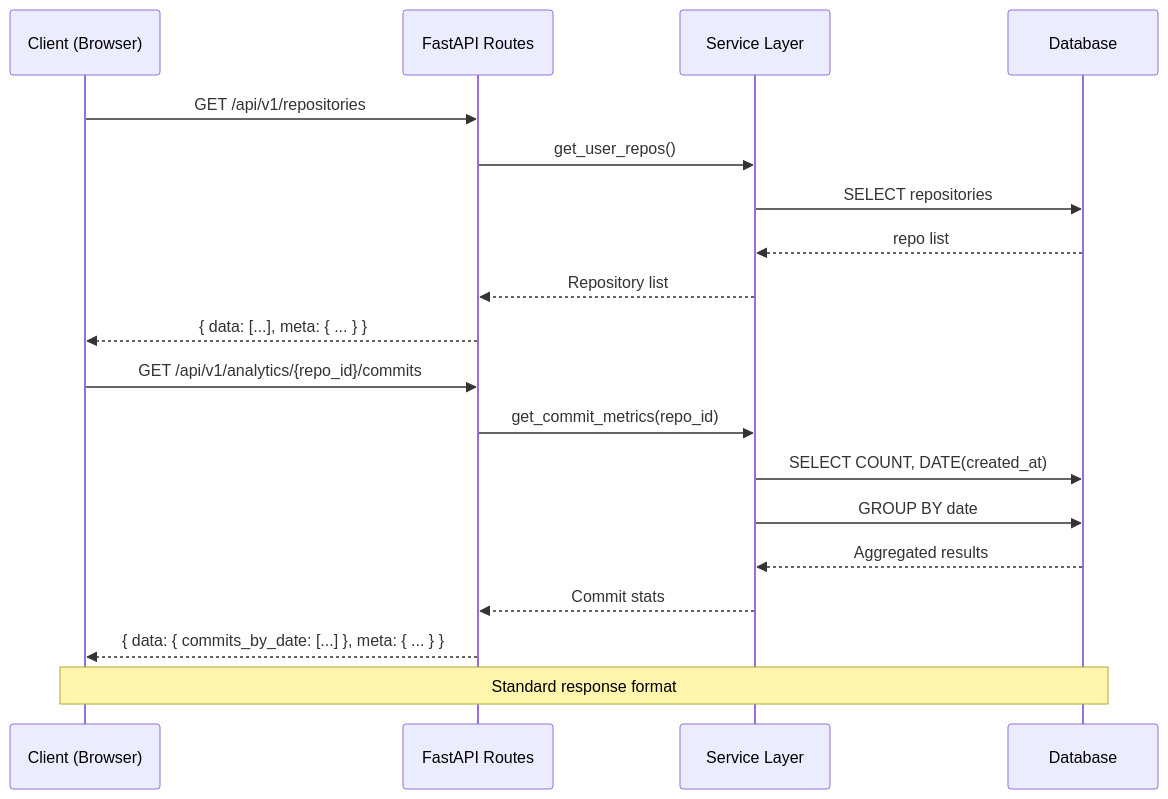
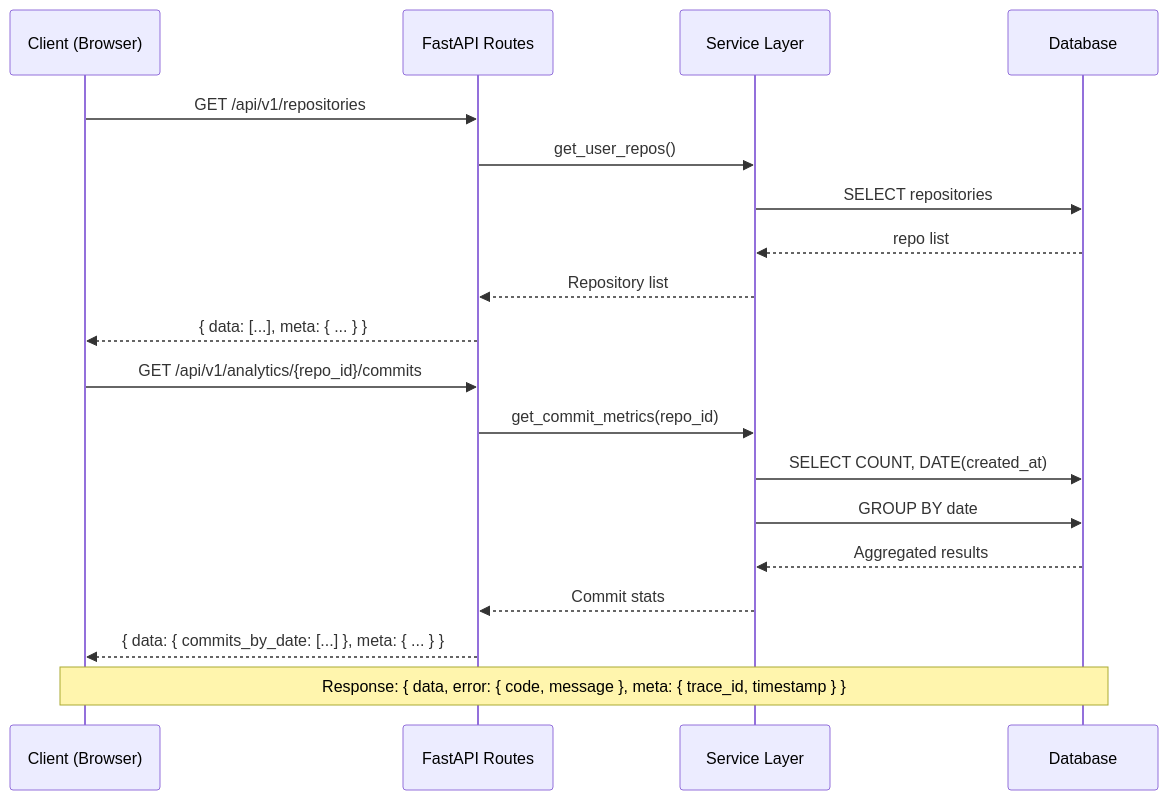
Before and after one commit to kh4i-dev/git-analytics: the eighth of 9 diagrams in docs/cong-nghe-va-kien-truc.md, drawn with Mermaid. The commit also changed other lines of this file, not shown here.

Commit message:
docs: restore full API response format in Mermaid Note

````diff
--- a/docs/cong-nghe-va-kien-truc.md
+++ b/docs/cong-nghe-va-kien-truc.md
@@ -259,24 +259,24 @@
 ```mermaid
 sequenceDiagram
     participant Client as Client (Browser)
     participant API as FastAPI Routes
     participant Service as Service Layer
     participant DB as Database
 
     Client->>API: GET /api/v1/repositories
     API->>Service: get_user_repos()
     Service->>DB: SELECT repositories
     DB-->>Service: repo list
     Service-->>API: Repository list
     API-->>Client: { data: [...], meta: { ... } }
 
     Client->>API: GET /api/v1/analytics/{repo_id}/commits
     API->>Service: get_commit_metrics(repo_id)
     Service->>DB: SELECT COUNT, DATE(created_at)
     Service->>DB: GROUP BY date
     DB-->>Service: Aggregated results
     Service-->>API: Commit stats
     API-->>Client: { data: { commits_by_date: [...] }, meta: { ... } }
 
-    Note over Client,DB: Standard response format
+    Note over Client,DB: Response: { data, error: { code, message }, meta: { trace_id, timestamp } }
 ```
````
